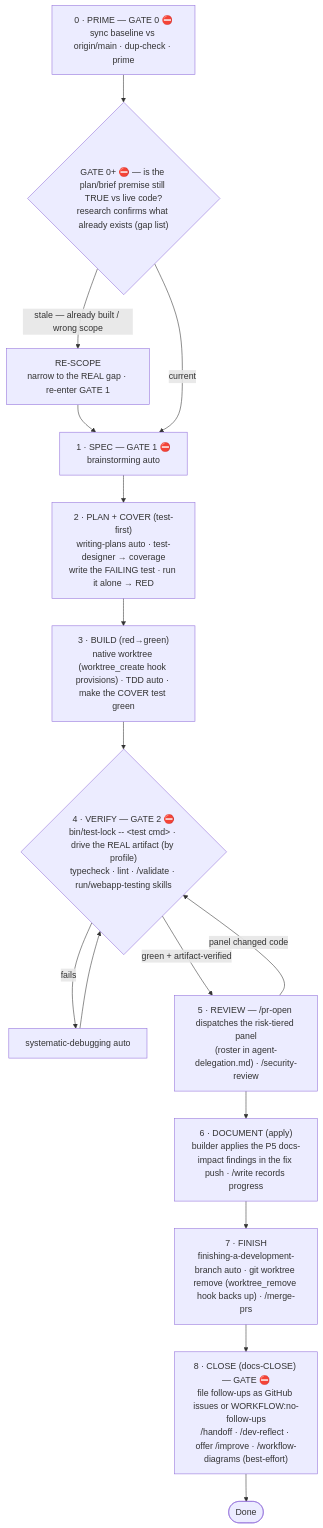
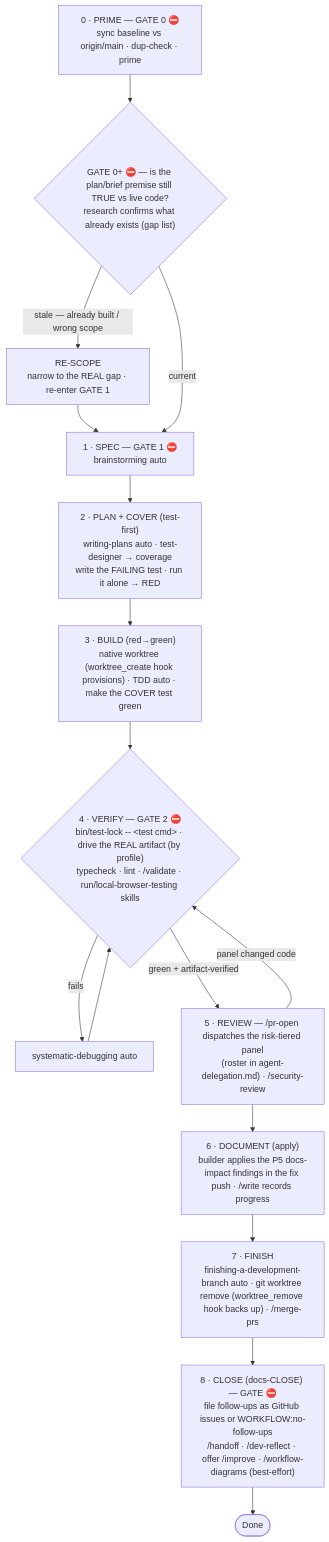
One commit to HenriGeorge/Yannick changed the first of 3 diagrams in .claude/rules/workflow.md. Above: the diagram before and after it, drawn with Mermaid. The commit also changed other lines of this file and 227 other files, not shown here.

````diff
--- a/.claude/rules/workflow.md
+++ b/.claude/rules/workflow.md
@@ -48,20 +48,20 @@
 ```mermaid
 flowchart TD
     P0["0 · PRIME — GATE 0 ⛔<br/>sync baseline vs origin/main · dup-check · prime"] --> G0
     G0{"GATE 0+ ⛔ — is the plan/brief premise still TRUE vs live code?<br/>research confirms what already exists (gap list)"}
     G0 -->|"stale — already built / wrong scope"| RS["RE-SCOPE<br/>narrow to the REAL gap · re-enter GATE 1"]
     RS --> P1
     G0 -->|"current"| P1
     P1["1 · SPEC — GATE 1 ⛔<br/>brainstorming auto"] --> P2
     P2["2 · PLAN + COVER (test-first)<br/>writing-plans auto · test-designer → coverage<br/>write the FAILING test · run it alone → RED"] --> P3
     P3["3 · BUILD (red→green)<br/>native worktree (worktree_create hook provisions) · TDD auto · make the COVER test green"] --> P4
-    P4{"4 · VERIFY — GATE 2 ⛔<br/>bin/test-lock -- &lt;test cmd&gt; · drive the REAL artifact (by profile)<br/>typecheck · lint · /validate · run/webapp-testing skills"}
+    P4{"4 · VERIFY — GATE 2 ⛔<br/>bin/test-lock -- &lt;test cmd&gt; · drive the REAL artifact (by profile)<br/>typecheck · lint · /validate · run/local-browser-testing skills"}
     P4 -->|fails| DBG["systematic-debugging auto"]
     DBG --> P4
     P4 -->|"green + artifact-verified"| P5["5 · REVIEW — /pr-open dispatches the risk-tiered panel<br/>(roster in agent-delegation.md) · /security-review"]
     P5 -->|"panel changed code"| P4
     P5 --> P6["6 · DOCUMENT (apply)<br/>builder applies the P5 docs-impact findings in the fix push · /write records progress"]
     P6 --> P7["7 · FINISH<br/>finishing-a-development-branch auto · git worktree remove (worktree_remove hook backs up) · /merge-prs"]
     P7 --> P8["8 · CLOSE (docs-CLOSE) — GATE ⛔<br/>file follow-ups as GitHub issues or WORKFLOW:no-follow-ups<br/>/handoff · /dev-reflect · offer /improve · /workflow-diagrams (best-effort)"]
     P8 --> Done([Done])
 ```
````
